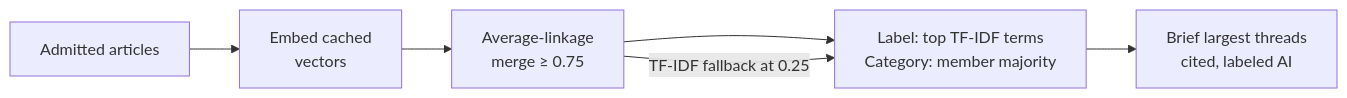
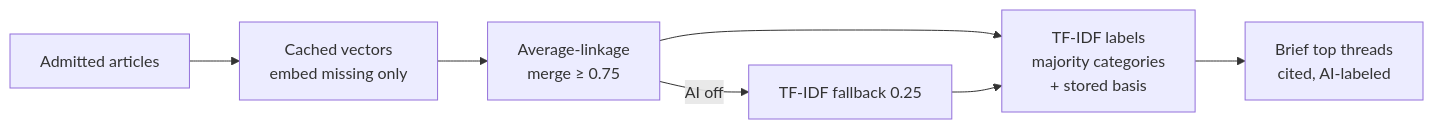
The fifth of 6 diagrams in docs/pipelines.md (Ahmed-yasser86/Stock-Time-Machine), drawn with Mermaid before and after one commit. The commit also changed other lines of this file and 4 other files, not shown here.

````diff
--- a/docs/pipelines.md
+++ b/docs/pipelines.md
@@ -157,8 +307,9 @@
 ```mermaid
 flowchart LR
-    A[Admitted articles] --> B[Embed cached\nvectors]
+    A[Admitted articles] --> B[Cached vectors\nembed missing only]
     B --> C[Average-linkage\nmerge ≥ 0.75]
-    C --> D[Label: top TF-IDF terms\nCategory: member majority]
-    D --> E[Brief largest threads\ncited, labeled AI]
-    C -->|TF-IDF fallback at 0.25| D
+    C --> D[TF-IDF labels\nmajority categories\n+ stored basis]
+    D --> E[Brief top threads\ncited, AI-labeled]
+    C -->|AI off| F[TF-IDF fallback 0.25]
+    F --> D
 ```
````
